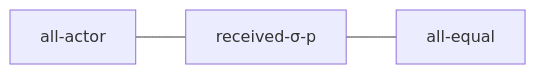
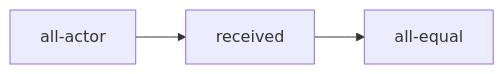
One commit to julianmendez/tiles changed the first of 3 diagrams in docs/README.md. Above: the diagram before and after it, drawn with Mermaid. The commit also changed other lines of this file, not shown here.

````diff
--- a/docs/README.md
+++ b/docs/README.md
@@ -46,5 +44,5 @@
 ```mermaid
 graph LR;
-all-actor --- received-σ-p;
-received-σ-p --- all-equal;
+all-actor --> received;
+received --> all-equal;
 ```
````
